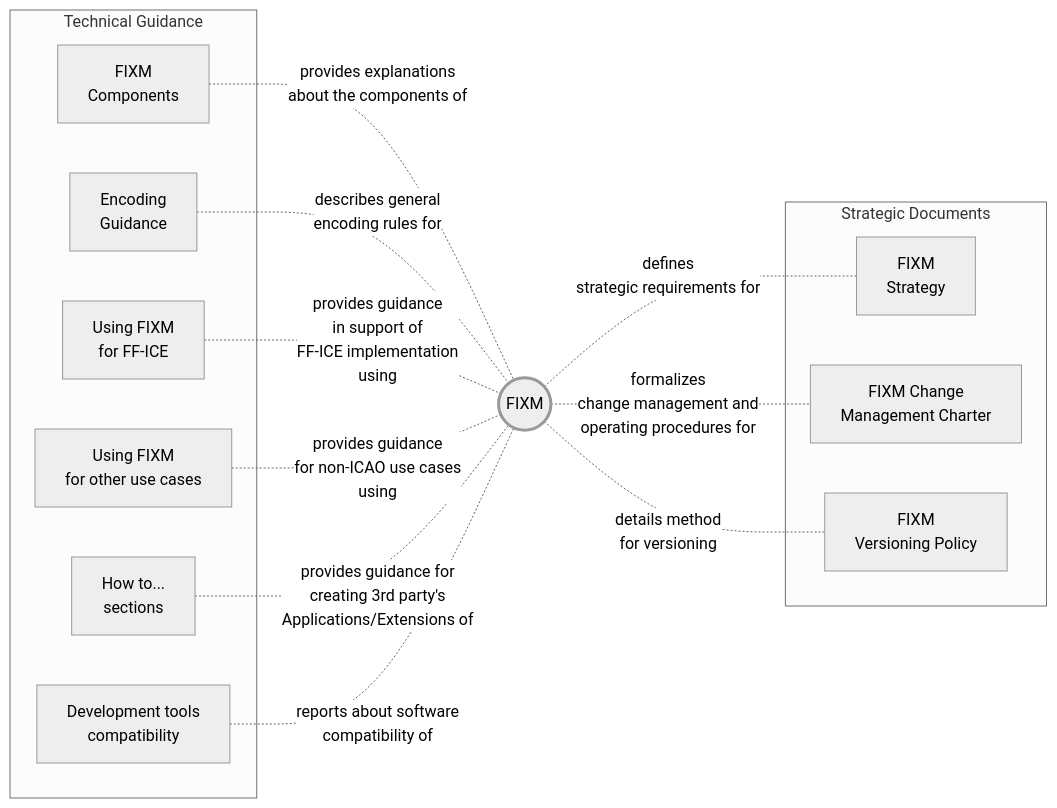
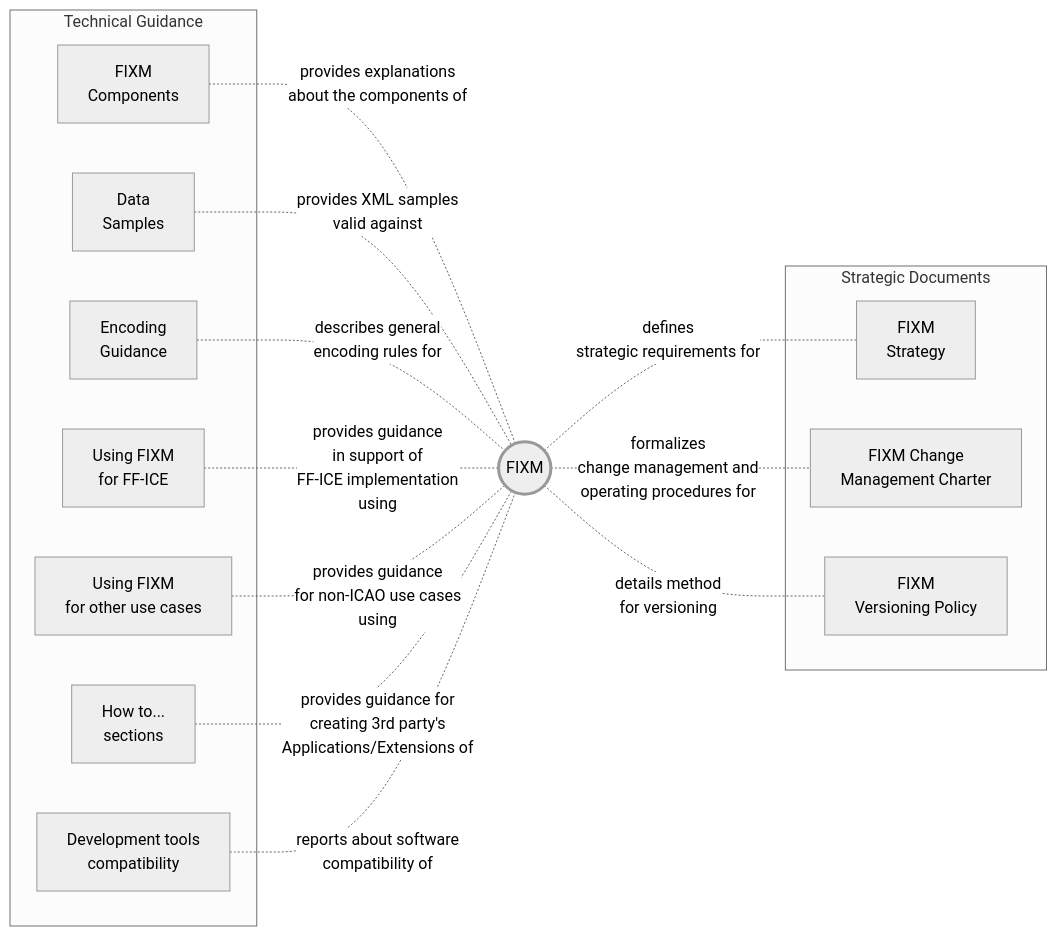
Before and after one commit to fixm-ccb/fixm-user-manual-4.3.0-testing: the diagram in docs/home.md, drawn with Mermaid (neutral theme).

````diff
--- a/docs/home.md
+++ b/docs/home.md
@@ -16,45 +16,48 @@
 ```mermaid
 graph LR
 
 FIXM((FIXM))
 
 subgraph Strategic Documents
 STRATEGY[FIXM<br>Strategy]
 CHARTER[FIXM Change<br>Management Charter]
 VERSIONING[FIXM<br>Versioning Policy]
 end
 
 subgraph Technical Guidance
 FIXM_COMPONENTS[FIXM<br>Components]
+FIXM_DATA_SAMPLES[Data<br>Samples]
 FIXM_ENCODING_GUIDANCE[Encoding<br>Guidance]
 FIXM_FOR_FFICE[Using FIXM<br>for FF-ICE]
 FIXM_FOR_OTHER_USE[Using FIXM<br>for other use cases]
 HOW_TO[How to...<br>sections]
 FIXM_DEV_TOOLS_COMPATIBILITY[Development tools<br>compatibility]
 end
 
 FIXM -. defines<br>strategic requirements for .- STRATEGY
 FIXM -.  formalizes<br>change management and<br>operating procedures for .- CHARTER
 FIXM -.  details method<br>for versioning .- VERSIONING
 
 
 FIXM_COMPONENTS-. provides explanations<br>about the components of .- FIXM
+FIXM_DATA_SAMPLES-. provides XML samples<br>valid against .- FIXM
 FIXM_ENCODING_GUIDANCE-. describes general<br>encoding rules for .- FIXM
 FIXM_FOR_FFICE-. provides guidance<br>in support of<br>FF-ICE implementation<br>using .- FIXM
 FIXM_FOR_OTHER_USE-. provides guidance<br>for non-ICAO use cases<br>using.- FIXM
 HOW_TO-. provides guidance for<br>creating 3rd party's<br>Applications/Extensions of .- FIXM
 FIXM_DEV_TOOLS_COMPATIBILITY-. reports about software<br>compatibility of.- FIXM
 
 style FIXM stroke-width:3px
 
 click STRATEGY "https://fixm-ccb.github.io/fixm-user-manual-4.3.0-testing/#/strategic-docs/strategy" "Browse the FIXM Strategy"
 click CHARTER "https://fixm-ccb.github.io/fixm-user-manual-4.3.0-testing/#/strategic-docs/charter" "Browse the FIXM Change Management Charter"
 click VERSIONING "https://fixm-ccb.github.io/fixm-user-manual-4.3.0-testing/#/strategic-docs/versioning_policy" "Browse the FIXM Versioning Policy"
 
 click FIXM_COMPONENTS "https://fixm-ccb.github.io/fixm-user-manual-4.3.0-testing/#/general-guidance/introduction?id=fixm-encoding-guidance" "Explanations about the main FIXM components"
+click FIXM_DATA_SAMPLES "https://fixm-ccb.github.io/fixm-user-manual-4.3.0-testing/#/fixm-data-samples/overview" "FIXM data samples"
 click FIXM_ENCODING_GUIDANCE "https://fixm-ccb.github.io/fixm-user-manual-4.3.0-testing/#/general-guidance/introduction" "The general rules always  applicable to FIXM"
 click FIXM_FOR_FFICE "https://fixm-ccb.github.io/fixm-user-manual-4.3.0-testing/#/fixm-in-support-of-ffice/ffice-application-for-fixm" "Guidance about the use of FIXM for FF-ICE"
 click FIXM_FOR_OTHER_USE "https://fixm-ccb.github.io/fixm-user-manual-4.3.0-testing/#/fixm-for-other-use-cases/using-fixm-core-without-an-application" "Guidance about the usage of FIXM in other contexts"
 click HOW_TO "https://fixm-ccb.github.io/fixm-user-manual-4.3.0-testing/#/how-to-create-application/introduction" "The How to section for FIXM"
 click FIXM_DEV_TOOLS_COMPATIBILITY "https://fixm-ccb.github.io/fixm-user-manual-4.3.0-testing/#/fixm-development-tool-compatibility/introduction" "Information about the compatibility of FIXM with mainstream development tools"
 ```
````
